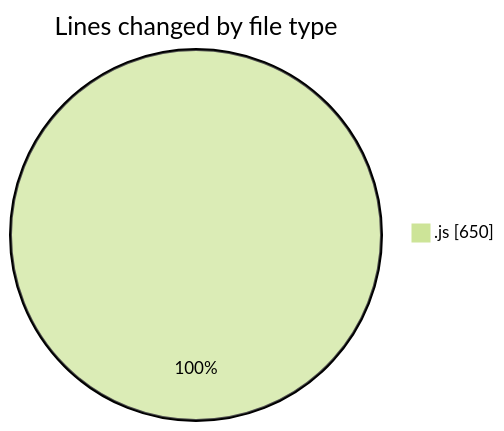
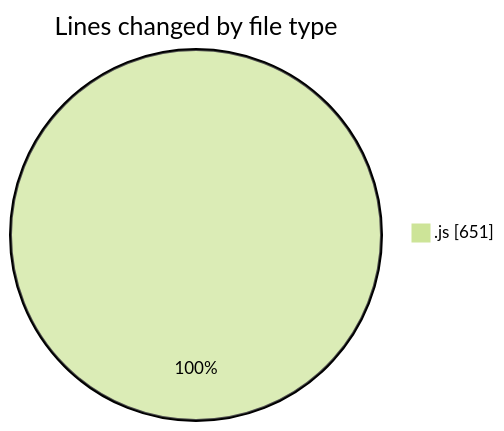
Before and after one commit to nxtqubesakshisongat/code-tracking: the first of 2 diagrams in 2025-06-20/nxtqube_webapp/README.md, drawn with Mermaid (forest theme). The commit also changed other lines of this file and 1 other file, not shown here.

````diff
--- a/2025-06-20/nxtqube_webapp/README.md
+++ b/2025-06-20/nxtqube_webapp/README.md
@@ -29,5 +29,5 @@
 ```mermaid
 pie showData
 title Lines changed by file type
-".js" : 650
+".js" : 651
 ```
````
